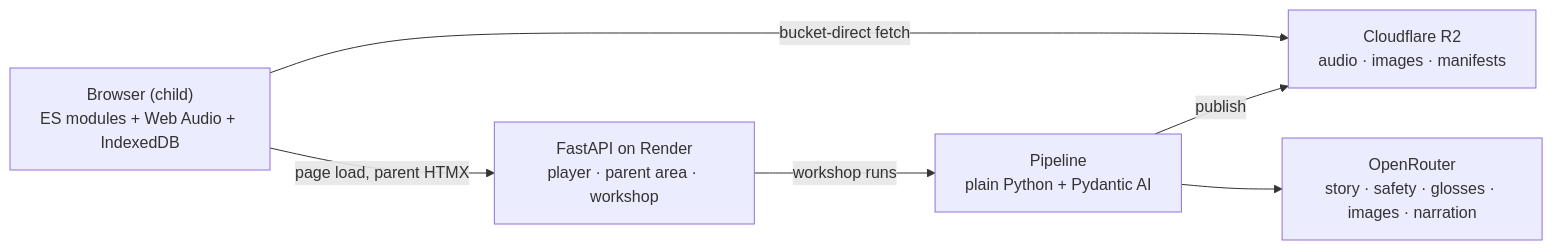
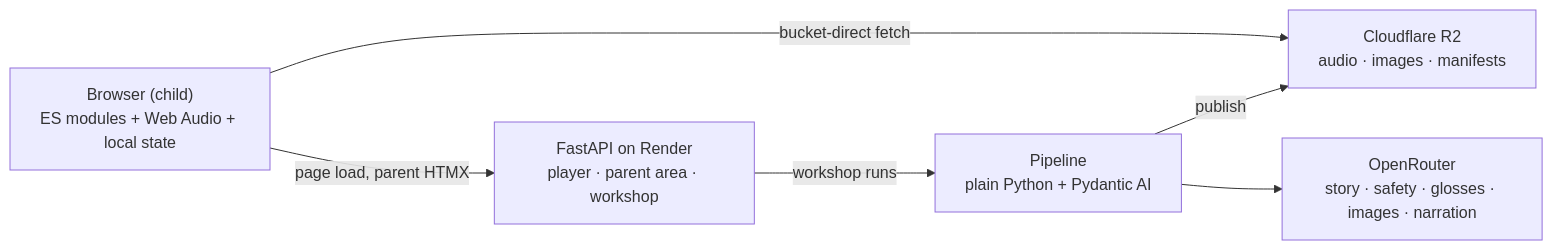
One commit to darth-dodo/cantastorie changed the diagram in README.md. Above: the diagram before and after it, drawn with Mermaid. The commit also changed other lines of this file and 2 other files, not shown here.

Commit message:
docs: sync architecture and system overview with shipped reality

````diff
--- a/README.md
+++ b/README.md
@@ -90,14 +90,14 @@
 ```mermaid
 graph LR
-    B["Browser (child)<br/>ES modules + Web Audio + IndexedDB"]
+    B["Browser (child)<br/>ES modules + Web Audio + local state"]
     R2["Cloudflare R2<br/>audio · images · manifests"]
     F["FastAPI on Render<br/>player · parent area · workshop"]
     P["Pipeline<br/>plain Python + Pydantic AI"]
     OR["OpenRouter<br/>story · safety · glosses · images · narration"]
 
     B -- "bucket-direct fetch" --> R2
     B -- "page load, parent HTMX" --> F
     F -- "workshop runs" --> P
     P -- "publish" --> R2
     P --> OR
 ```
````
